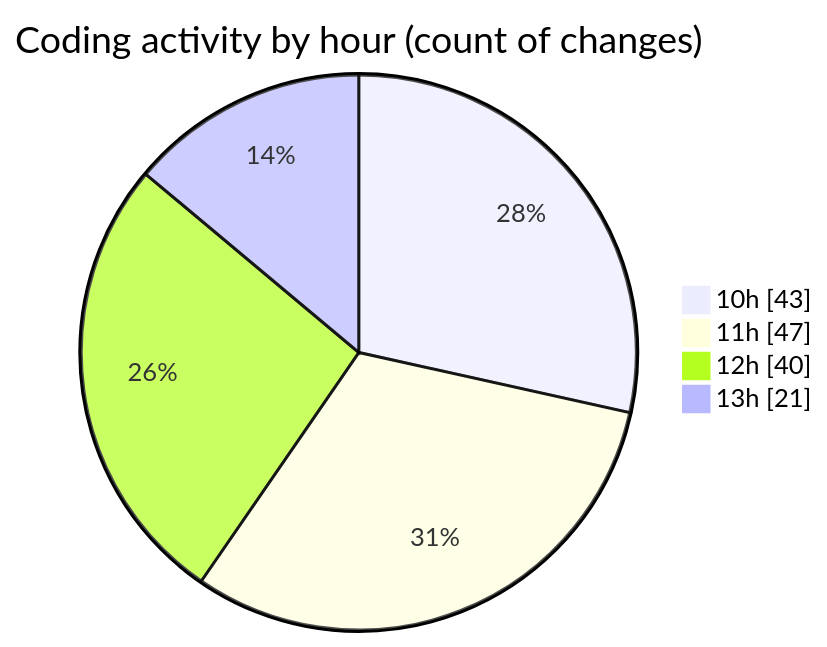
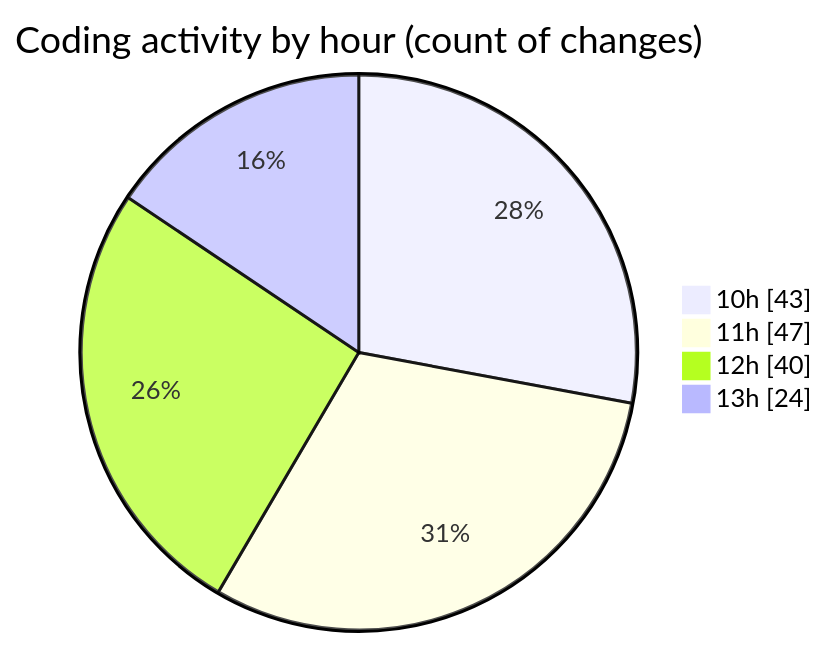
Before and after one commit to momahboobian/code-tracking: the second of 2 diagrams in 2025-02-10/cda/README.md, drawn with Mermaid. The commit also changed other lines of this file and 1 other file, not shown here.

````diff
--- a/2025-02-10/cda/README.md
+++ b/2025-02-10/cda/README.md
@@ -35,8 +35,8 @@
 ```mermaid
 pie showData
 title Coding activity by hour (count of changes)
 "10h" : 43
 "11h" : 47
 "12h" : 40
-"13h" : 21
+"13h" : 24
 ```
````
